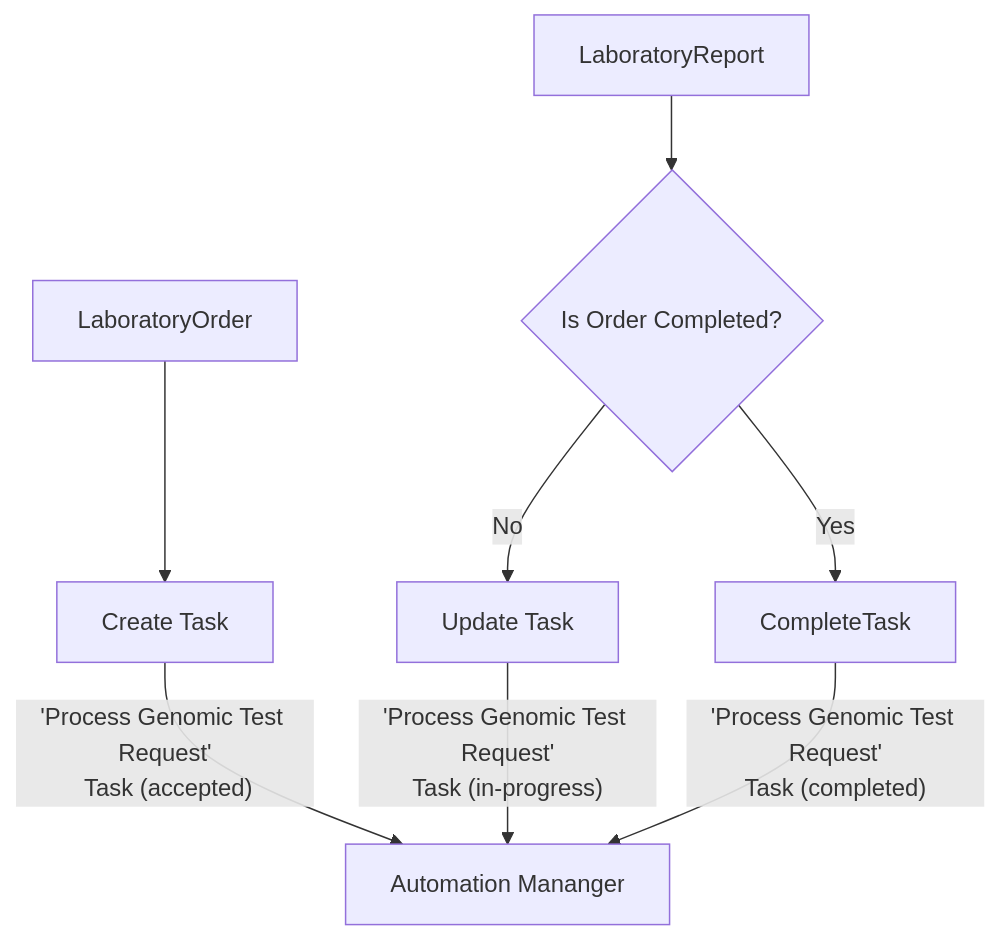
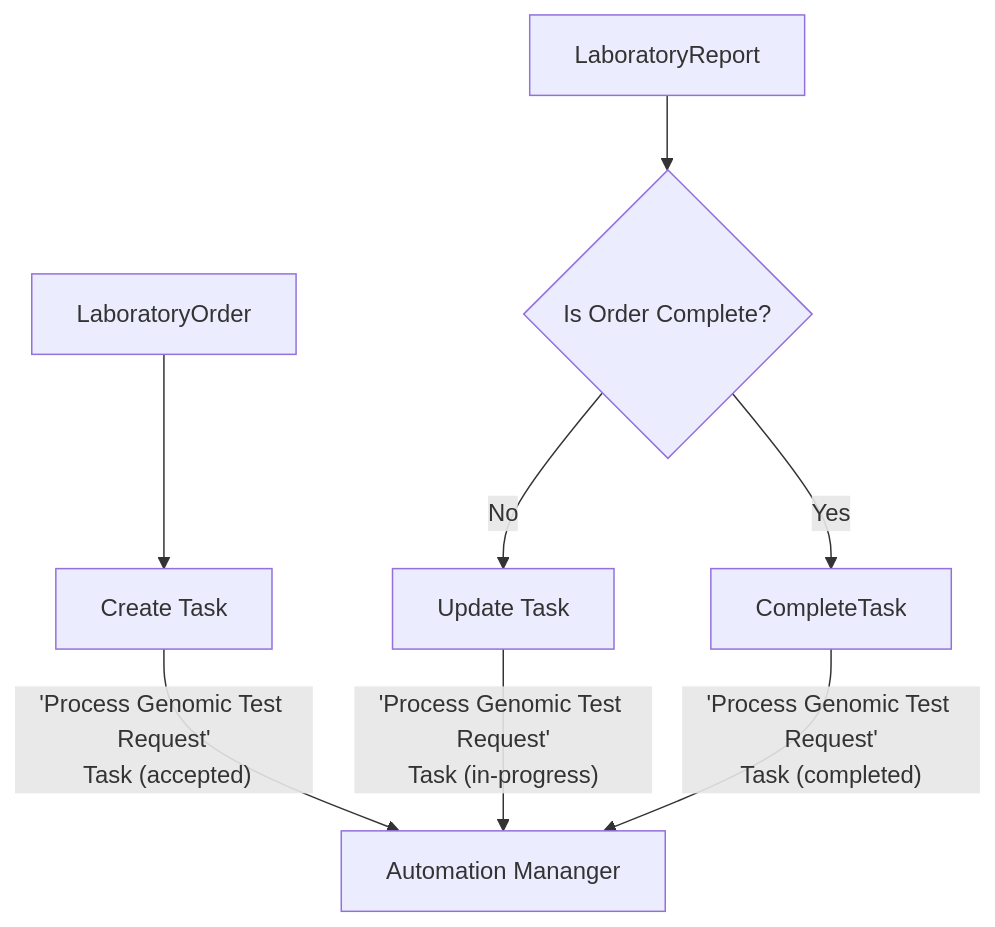
The first of 2 diagrams in input/intro-notes/StructureDefinition-Task-intro.md (uk-gov-mirror/nw-gmsa.nw-gmsa.github.com), drawn with Mermaid before and after one commit.

Commit message:
Basic AuditEvent profile

````diff
--- a/input/intro-notes/StructureDefinition-Task-intro.md
+++ b/input/intro-notes/StructureDefinition-Task-intro.md
@@ -17,11 +17,11 @@
 ```mermaid
 graph TD
     LaboratoryOrder --> CreateTask[Create Task]
     CreateTask --> |"'Process Genomic Test Request'<br/> Task (accepted)"| AutomationMananger[Automation Mananger] 
 
     UpdateTask --> |"'Process Genomic Test Request'<br/>Task (in-progress)"| AutomationMananger
-    LaboratoryReport --> IsOrderComplete{Is Order Completed?}
+    LaboratoryReport --> IsOrderComplete{Is Order Complete?}
     IsOrderComplete --> |Yes| CompleteTask
     IsOrderComplete -->  |No| UpdateTask[Update Task]
     CompleteTask -->  |"'Process Genomic Test Request'<br/>Task (completed)"| AutomationMananger
 ```
````
